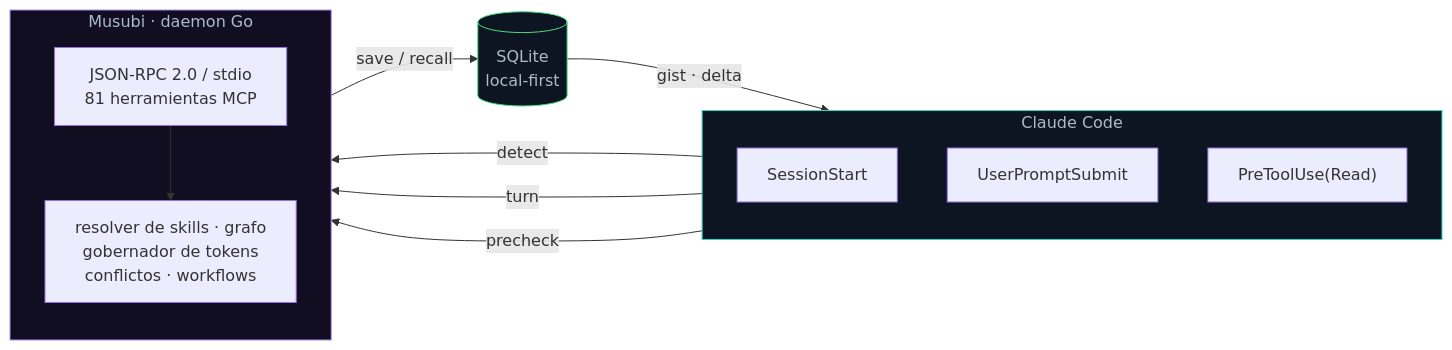
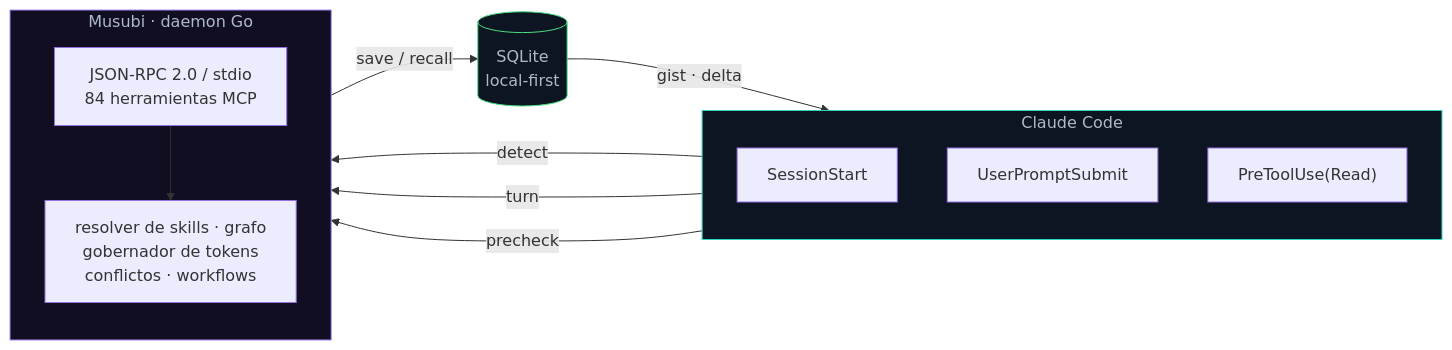
One commit to codeabraham16/musubi changed the first of 3 diagrams in README.md. Above: the diagram before and after it, drawn with Mermaid. The commit also changed other lines of this file and 19 other files, not shown here.

````diff
--- a/README.md
+++ b/README.md
@@ -68,27 +68,27 @@
 ```mermaid
 flowchart LR
     subgraph CC["Claude Code"]
         direction TB
         H1["SessionStart"]
         H2["UserPromptSubmit"]
         H3["PreToolUse(Read)"]
     end
     subgraph M["Musubi · daemon Go"]
         direction TB
-        RPC["JSON-RPC 2.0 / stdio<br/>81 herramientas MCP"]
+        RPC["JSON-RPC 2.0 / stdio<br/>84 herramientas MCP"]
         COG["resolver de skills · grafo<br/>gobernador de tokens<br/>conflictos · workflows"]
     end
     DB[("SQLite<br/>local-first")]
 
     H1 -- "detect" --> RPC
     H2 -- "turn" --> RPC
     H3 -- "precheck" --> RPC
     RPC --> COG
     COG -- "save / recall" --> DB
     DB -- "gist · delta" --> CC
 
     classDef cc fill:#0d1422,stroke:#2dd4bf,color:#adbac7;
     classDef mm fill:#120e22,stroke:#a78bfa,color:#adbac7;
     classDef db fill:#0d1422,stroke:#4ade80,color:#adbac7;
     class CC cc; class M mm; class DB db;
 ```
````
